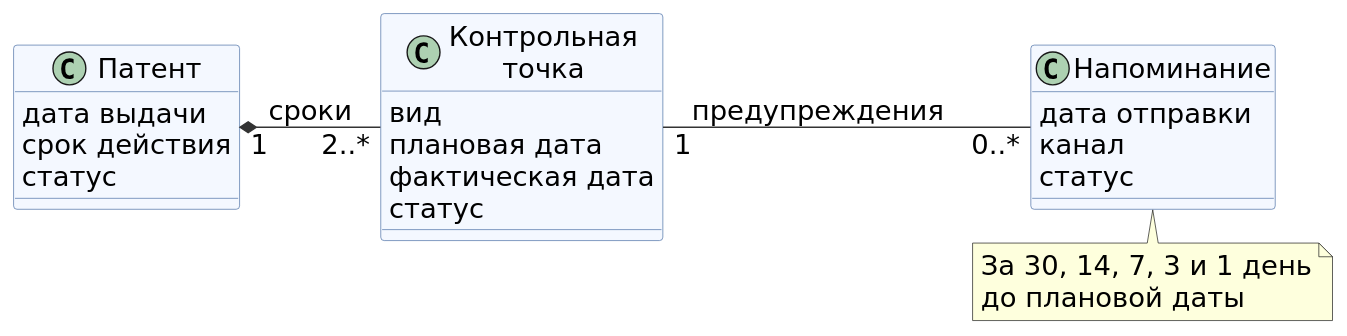
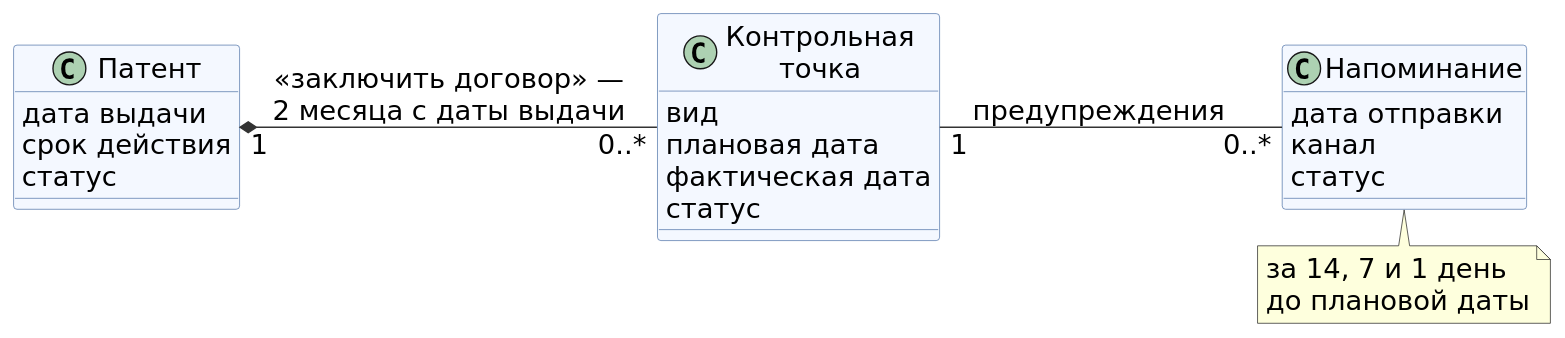
One commit to mflkee/study changed the diagram in tsu/5sem/Функциональное моделирование систем/_архив/книга/src/l2-sroki.puml. Above: the diagram before and after it, drawn with PlantUML. The commit also changed 2622 other files, not shown here.

Commit message:
ФМС: отчёт/слайды/книжка/речь/шпаргалка под ядро темы 7, 23 диаграммы, скрипты сборки

```diff
--- a/tsu/5sem/Функциональное моделирование систем/_архив/книга/src/l2-sroki.puml
+++ b/tsu/5sem/Функциональное моделирование систем/_архив/книга/src/l2-sroki.puml
@@ -1,40 +1,40 @@
 @startuml
 ' Фрагмент модели: сроки и напоминания (лаб. 2)
 skinparam defaultFontName "DejaVu Sans"
 skinparam shadowing false
 skinparam defaultFontSize 20
-skinparam nodesep 24
-skinparam ranksep 40
+skinparam nodesep 26
+skinparam ranksep 46
 skinparam ArrowColor #333333
 left to right direction
 skinparam class {
   BackgroundColor #F4F8FF
   BorderColor #4A6FA5
 }
 skinparam classAttributeIconSize 0
 
 class "Патент" as PAT {
   дата выдачи
   срок действия
   статус
 }
 class "Контрольная\nточка" as KT {
   вид
   плановая дата
   фактическая дата
   статус
 }
 class "Напоминание" as NAP {
   дата отправки
   канал
   статус
 }
 
-PAT "1" *-- "2..*" KT : сроки
+PAT "1" *-- "0..*" KT : «заключить договор» —\n2 месяца с даты выдачи
 KT "1" -- "0..*" NAP : предупреждения
 
 note bottom of NAP
-  За 30, 14, 7, 3 и 1 день
+  за 14, 7 и 1 день
   до плановой даты
 end note
 @enduml
```
